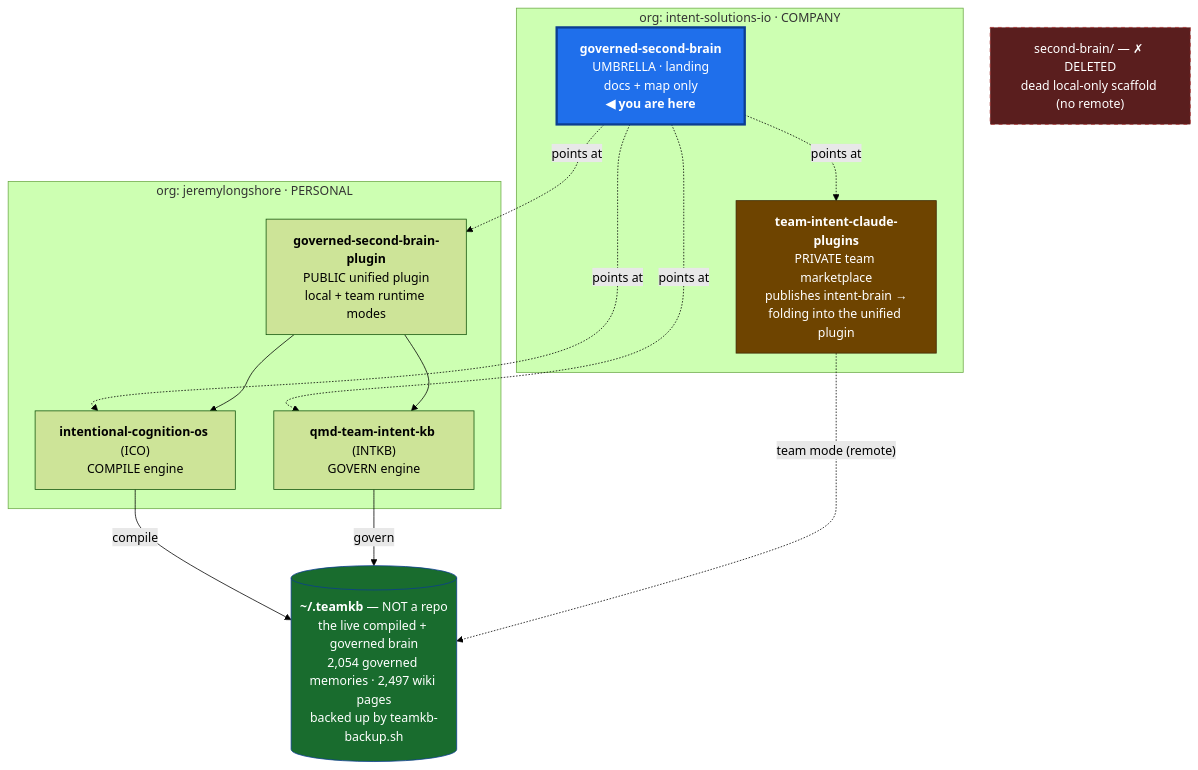
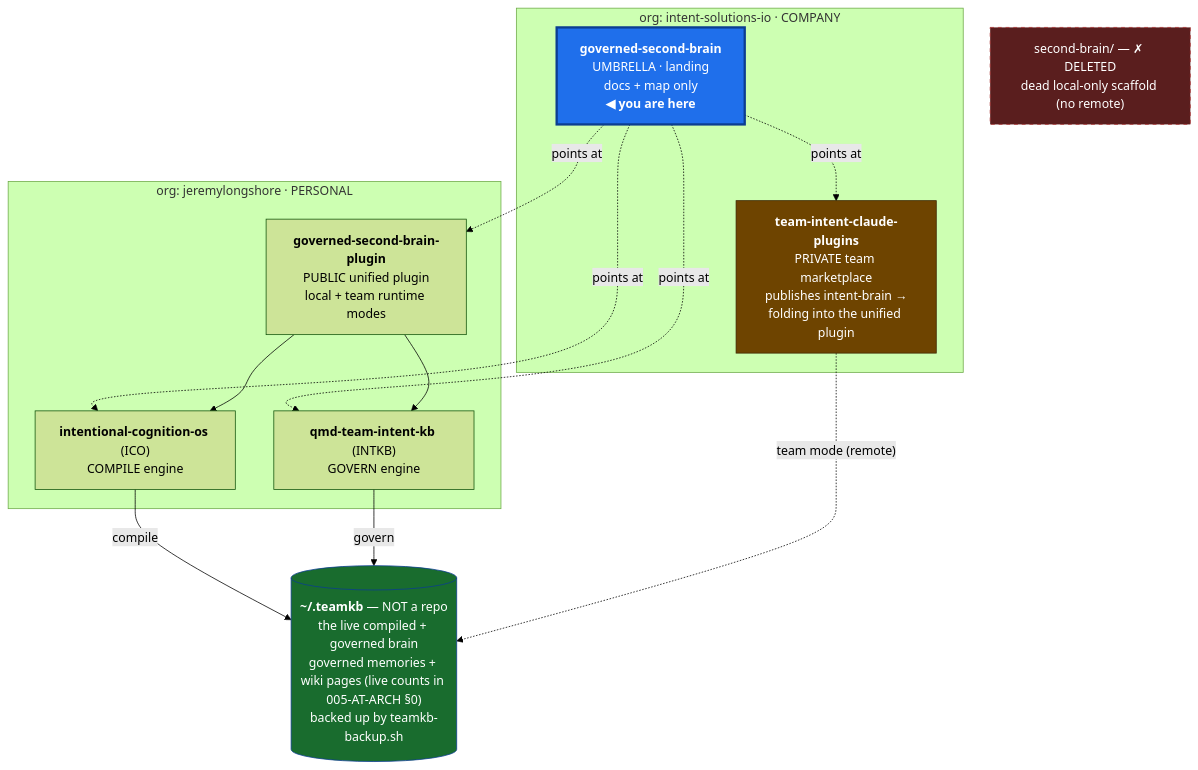
Before and after one commit to intent-solutions-io/governed-second-brain: the diagram in 000-docs/007-AT-SMAP-repo-topology-and-working-surface.md, drawn with Mermaid (forest theme). The commit also changed 4 other files, not shown here.

````diff
--- a/000-docs/007-AT-SMAP-repo-topology-and-working-surface.md
+++ b/000-docs/007-AT-SMAP-repo-topology-and-working-surface.md
@@ -19,29 +19,29 @@
 ```mermaid
 flowchart TB
   subgraph ISO["org: intent-solutions-io  ·  COMPANY"]
     UMB["<b>governed-second-brain</b><br/>UMBRELLA · landing<br/>docs + map only<br/><b>◀ you are here</b>"]
     MKT["<b>team-intent-claude-plugins</b><br/>PRIVATE team marketplace<br/>publishes intent-brain →<br/>folding into the unified plugin"]
   end
   subgraph JL["org: jeremylongshore  ·  PERSONAL"]
     ICO["<b>intentional-cognition-os</b> (ICO)<br/>COMPILE engine"]
     INTKB["<b>qmd-team-intent-kb</b> (INTKB)<br/>GOVERN engine"]
     PLUG["<b>governed-second-brain-plugin</b><br/>PUBLIC unified plugin<br/>local + team runtime modes"]
   end
-  DATA[("<b>~/.teamkb</b> — NOT a repo<br/>the live compiled + governed brain<br/>2,054 governed memories · 2,497 wiki pages<br/>backed up by teamkb-backup.sh")]
+  DATA[("<b>~/.teamkb</b> — NOT a repo<br/>the live compiled + governed brain<br/>governed memories + wiki pages (live counts in 005-AT-ARCH §0)<br/>backed up by teamkb-backup.sh")]
   CRUFT["second-brain/ — ✗ DELETED<br/>dead local-only scaffold (no remote)"]
 
   UMB -. points at .-> ICO
   UMB -. points at .-> INTKB
   UMB -. points at .-> PLUG
   UMB -. points at .-> MKT
   PLUG --> ICO
   PLUG --> INTKB
   ICO -- compile --> DATA
   INTKB -- govern --> DATA
   MKT -. team mode (remote) .-> DATA
 
   style UMB fill:#1f6feb,stroke:#0b3d91,stroke-width:3px,color:#ffffff
   style DATA fill:#196c2e,stroke:#0b3d91,color:#ffffff
   style MKT fill:#6e4400,stroke:#3d2600,color:#ffffff
   style CRUFT fill:#5a1e1e,stroke:#a33,stroke-dasharray:5 5,color:#ffffff
 ```
````
